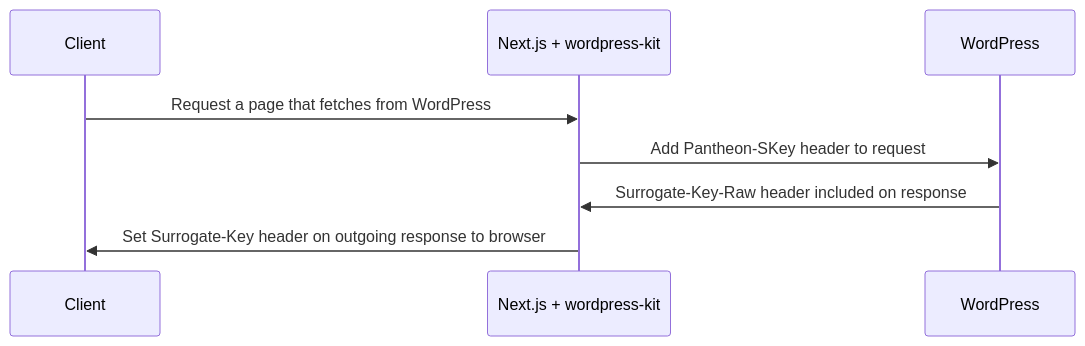
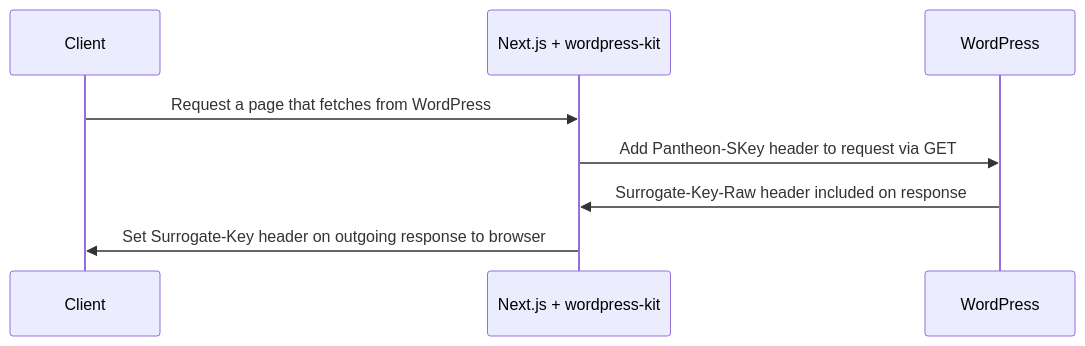
Before and after one commit to pantheon-systems/decoupled-kit-js: the diagram in web/docs/Frontend Starters/Next.js/Next.js + WordPress/surrogate-key-based-caching.md, drawn with Mermaid. The commit also changed other lines of this file and 1 other file, not shown here.

Commit message:
DB-5240: loose ends for GraphQL Caching Docs

````diff
--- a/web/docs/Frontend Starters/Next.js/Next.js + WordPress/surrogate-key-based-caching.md
+++ b/web/docs/Frontend Starters/Next.js/Next.js + WordPress/surrogate-key-based-caching.md
@@ -23,10 +25,10 @@
 ```mermaid
 sequenceDiagram
 	participant A as Client
     participant B as Next.js + wordpress-kit
     participant C as WordPress
     A->>B: Request a page that fetches from WordPress
-    B->>C: Add Pantheon-SKey header to request
+    B->>C: Add Pantheon-SKey header to request via GET
     C->>B: Surrogate-Key-Raw header included on response
     B->>A: Set Surrogate-Key header on outgoing response to browser
 ```
````
